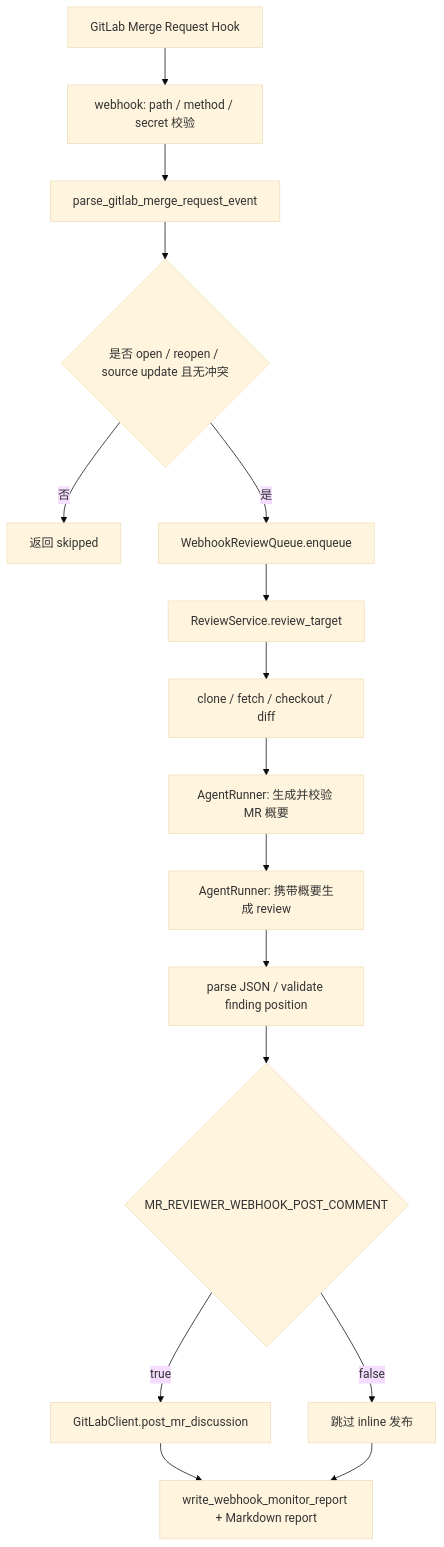
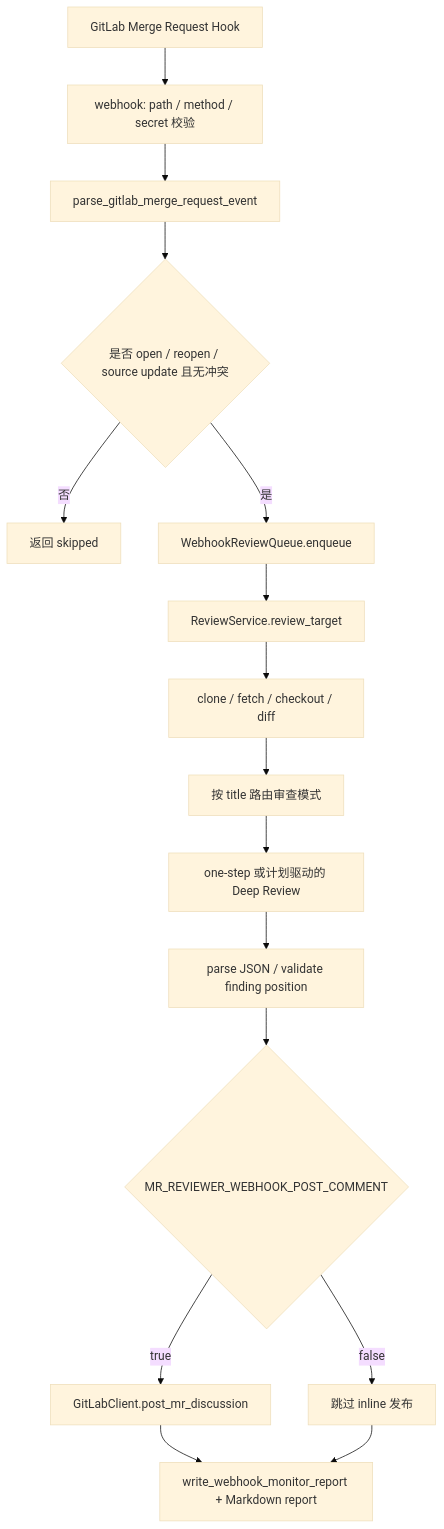
The third of 3 diagrams in docs/DESIGN.md (Faye-663/code-mr-reviewer), drawn with Mermaid (base theme) before and after one commit. The commit also changed other lines of this file and 20 other files, not shown here.

First line of the commit message:
feat: 将 Deep Review 升级为审查计划

````diff
--- a/docs/DESIGN.md
+++ b/docs/DESIGN.md
@@ -46,18 +46,18 @@
 ```mermaid
 flowchart TD
     A["GitLab Merge Request Hook"] --> B["webhook: path / method / secret 校验"]
     B --> C["parse_gitlab_merge_request_event"]
     C --> D{"是否 open / reopen / source update 且无冲突"}
     D -- "否" --> E["返回 skipped"]
     D -- "是" --> F["WebhookReviewQueue.enqueue"]
     F --> G["ReviewService.review_target"]
     G --> H["clone / fetch / checkout / diff"]
-    H --> I["AgentRunner: 生成并校验 MR 概要"]
-    I --> I2["AgentRunner: 携带概要生成 review"]
+    H --> I["按 title 路由审查模式"]
+    I --> I2["one-step 或计划驱动的 Deep Review"]
     I2 --> J["parse JSON / validate finding position"]
     J --> K{"MR_REVIEWER_WEBHOOK_POST_COMMENT"}
     K -- "true" --> L["GitLabClient.post_mr_discussion"]
     K -- "false" --> M["跳过 inline 发布"]
     L --> N["write_webhook_monitor_report + Markdown report"]
     M --> N
 ```
````
